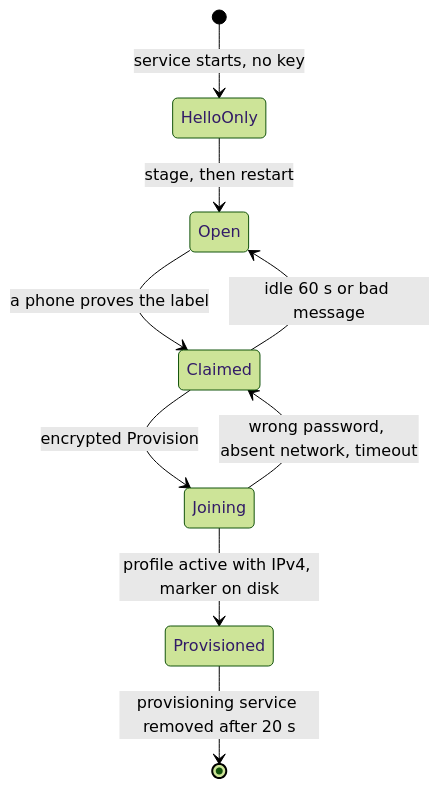
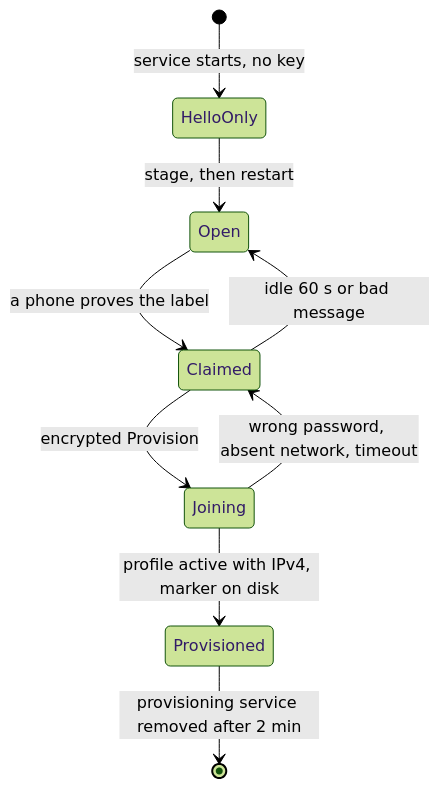
The third of 5 diagrams in docs/ARCHITECTURE.md (NoeBrt/Teton-Provide), drawn with Mermaid (forest theme) before and after one commit. The commit also changed other lines of this file and 8 other files, not shown here.

````diff
--- a/docs/ARCHITECTURE.md
+++ b/docs/ARCHITECTURE.md
@@ -114,11 +114,11 @@
 ```mermaid
 stateDiagram-v2
     [*] --> HelloOnly: service starts, no key
     HelloOnly --> Open: stage, then restart
     Open --> Claimed: a phone proves the label
     Claimed --> Open: idle 60 s or bad message
     Claimed --> Joining: encrypted Provision
     Joining --> Claimed: wrong password, absent network, timeout
     Joining --> Provisioned: profile active with IPv4, marker on disk
-    Provisioned --> [*]: provisioning service removed after 20 s
+    Provisioned --> [*]: provisioning service removed after 2 min
 ```
````
